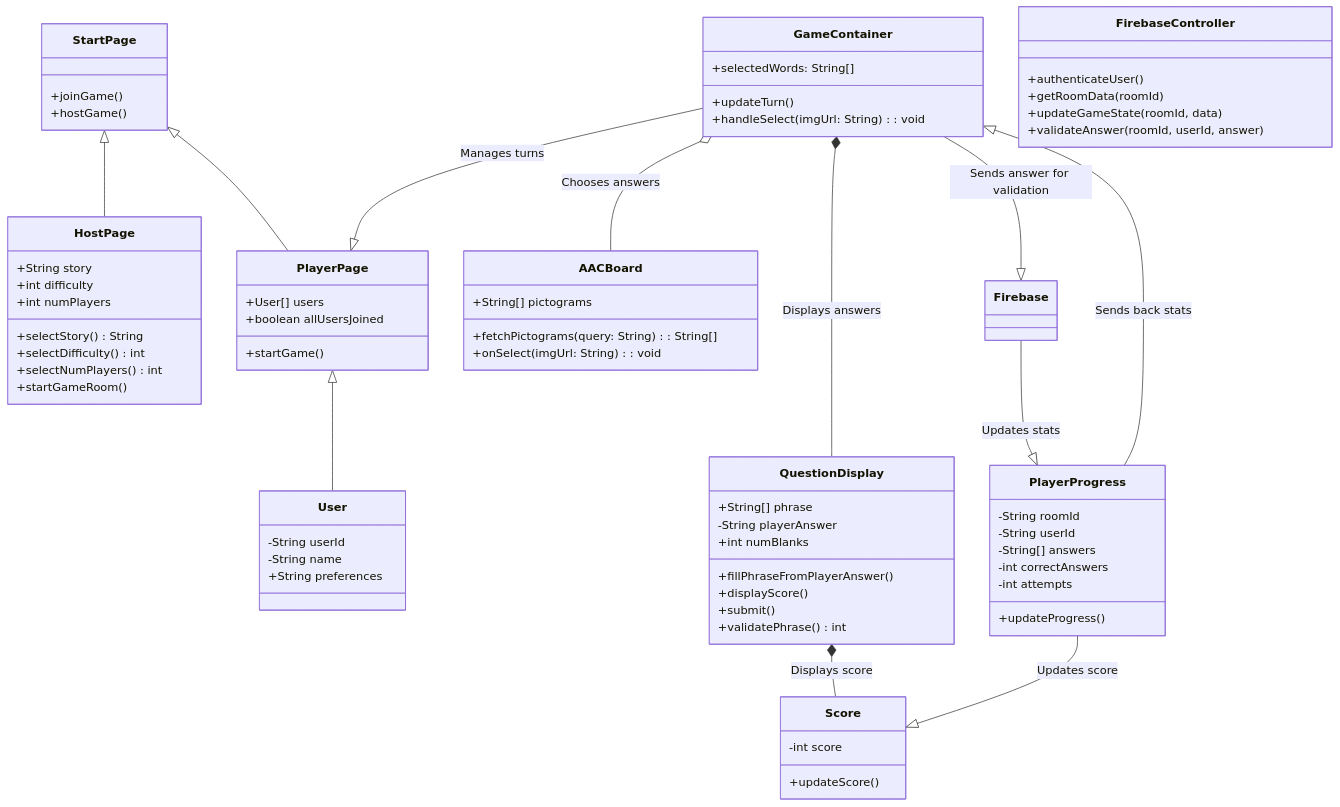
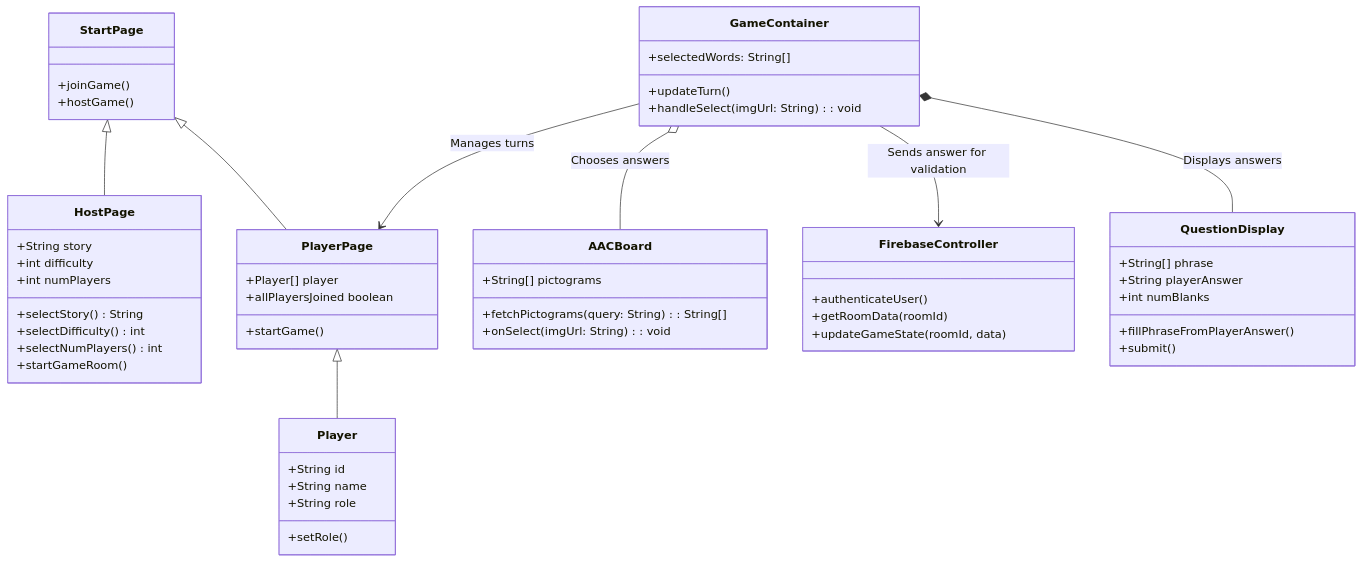
Before and after one commit to henryschoemer/project-aac-game-team-b_bugfix_team6: the diagram in documentation/docs/system-architecture/Design.md, drawn with Mermaid.

Commit message:
Changed mermaid diagram

````diff
--- a/documentation/docs/system-architecture/Design.md
+++ b/documentation/docs/system-architecture/Design.md
@@ -56,21 +56,9 @@
 ```mermaid 
 classDiagram
-
-    StartPage <|-- HostPage 
-    StartPage <|-- PlayerPage
-    PlayerPage <|-- User
-    GameContainer *-- QuestionDisplay : Displays answers 
-    QuestionDisplay *-- Score : Displays score
-    GameContainer o-- AACBoard : Chooses answers
-    GameContainer --|> PlayerPage : Manages turns
-    GameContainer --|> Firebase : Sends answer for validation
-    Firebase --|> PlayerProgress : Updates stats
-    PlayerProgress --|> GameContainer : Sends back stats
-    PlayerProgress --|> Score : Updates score
-    
+direction TB
     class StartPage {
-        +joinGame()
-        +hostGame()
+	    +joinGame()
+	    +hostGame()
     }
 
     class HostPage {
@@ -84,8 +72,8 @@
     }
 
     class PlayerPage {
-	    +User[] users
-	    +boolean allUsersJoined
+	    +Player[] player
+        +allPlayersJoined boolean
 	    +startGame()
     }
 
@@ -95,46 +83,39 @@
         +handleSelect(imgUrl: String): void
     }
 
-    class Score {
-	    -int score
-        +updateScore()
-    }
-
     class AACBoard {
         +String[] pictograms
 	   +fetchPictograms(query: String): String[]
         +onSelect(imgUrl: String): void
     }
 
-    class User {
-	    -String userId
-	    -String name
-	    +String preferences
-    }
-
     class FirebaseController {
 	    +authenticateUser()
 	    +getRoomData(roomId)
 	    +updateGameState(roomId, data)
-	    +validateAnswer(roomId, userId, answer)
     }
 
-    class PlayerProgress {
-	    -String roomId
-	    -String userId
-	    -String[] answers
-	    -int correctAnswers
-	    -int attempts
-	    +updateProgress()
-    }
 
     class QuestionDisplay {
 	    +String[] phrase
-	    -String playerAnswer
+	    +String playerAnswer
 	    +int numBlanks
 	    +fillPhraseFromPlayerAnswer()
-	    +displayScore()
 	    +submit()
-	    +validatePhrase() int
     }
+
+    class Player {
+        +String id
+        +String name
+        +String role
+        +setRole()
+    }
+
+    StartPage <|-- HostPage 
+    StartPage <|-- PlayerPage
+    PlayerPage <|-- Player
+    GameContainer *-- QuestionDisplay : Displays answers 
+    GameContainer o-- AACBoard : Chooses answers
+    GameContainer --> PlayerPage : Manages turns
+    GameContainer --> FirebaseController : Sends answer for validation
 ```
````
